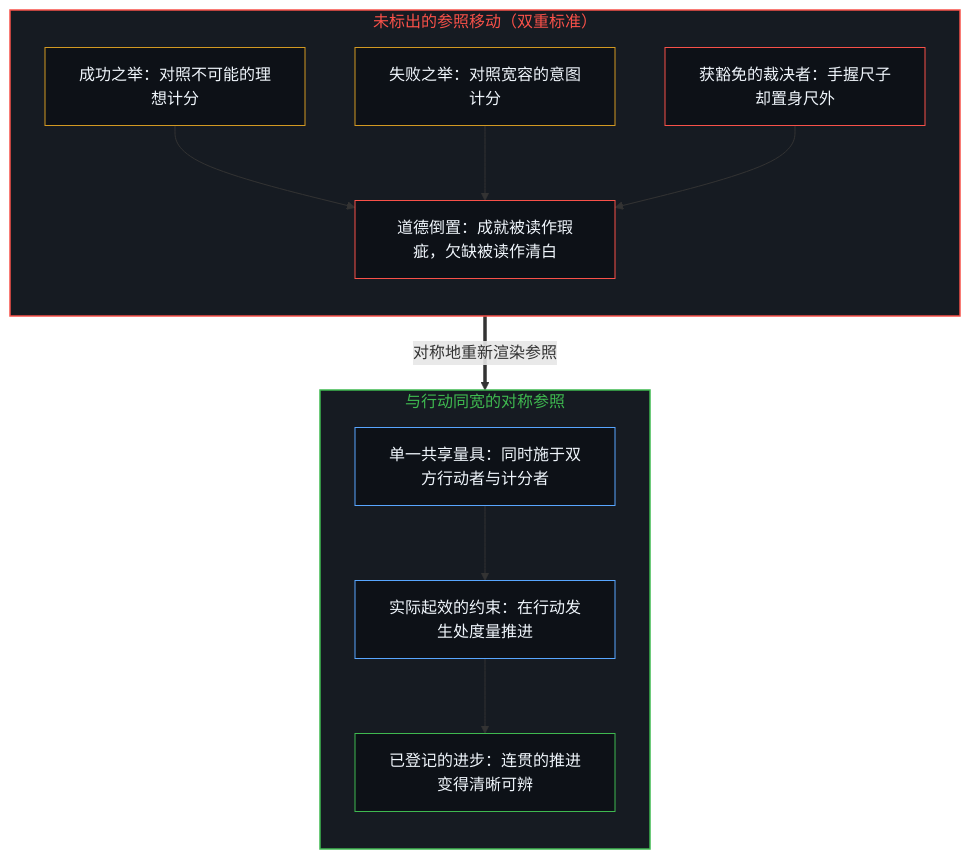
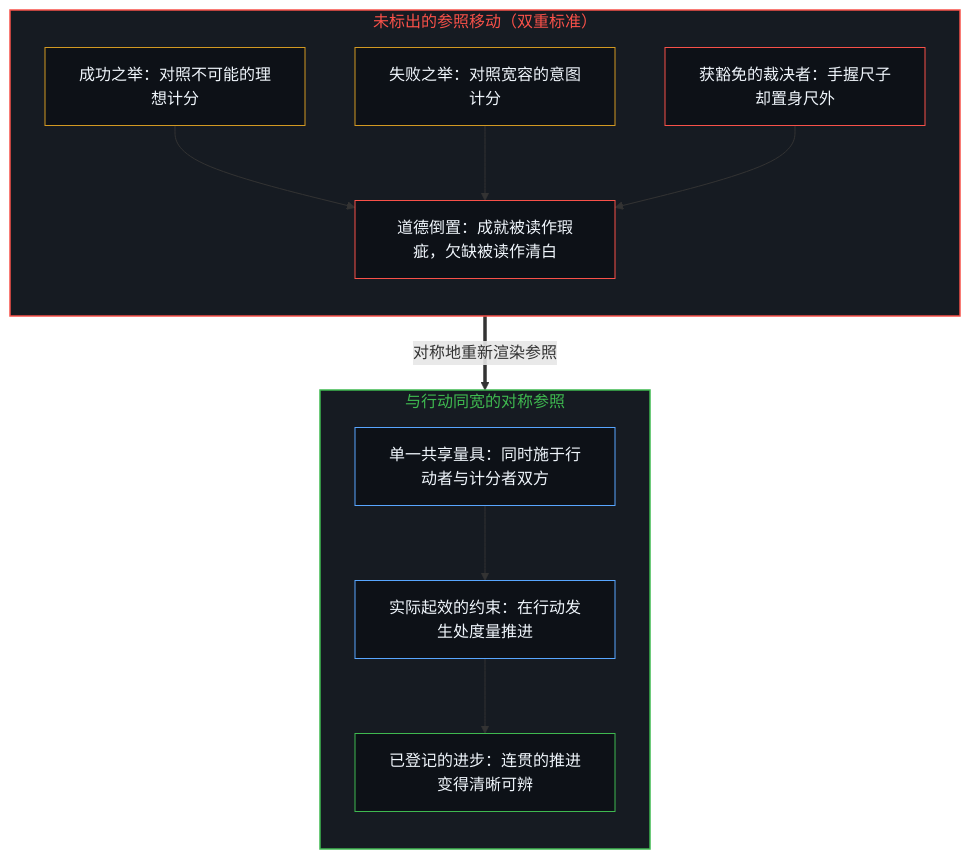
Before and after one commit to powerpig99/not-a-toe: the first of 2 diagrams in content/posts/the-frame-that-conceals-improvement.md, drawn with Mermaid. The commit also changed other lines of this file and 4 other files, not shown here.

````diff
--- a/content/posts/the-frame-that-conceals-improvement.md
+++ b/content/posts/the-frame-that-conceals-improvement.md
@@ -31,30 +31,30 @@
 ```mermaid
 flowchart TD
     subgraph S_Shift["未标出的参照移动（双重标准）"]
         direction TB
         Success["成功之举：对照不可能的理想计分"]
         Failure["失败之举：对照宽容的意图计分"]
         Judge["获豁免的裁决者：手握尺子却置身尺外"]
         Invert["道德倒置：成就被读作瑕疵，欠缺被读作清白"]
         Success --> Invert
         Failure --> Invert
         Judge --> Invert
     end
     subgraph S_Shared["与行动同宽的对称参照"]
         direction TB
-        OneRuler["单一共享量具：同时施于双方行动者与计分者"]
+        OneRuler["单一共享量具：同时施于行动者与计分者双方"]
         Constraint["实际起效的约束：在行动发生处度量推进"]
         Register["已登记的进步：连贯的推进变得清晰可辨"]
         OneRuler --> Constraint --> Register
     end
     Invert ==>|"对称地重新渲染参照"| OneRuler
     style S_Shift fill:#161b22,stroke:#f85149,stroke-width:1.5px,color:#f85149
     style S_Shared fill:#161b22,stroke:#3fb950,stroke-width:1.5px,color:#3fb950
     style Success fill:#0d1117,stroke:#d29922,stroke-width:1px,color:#f0f6fc
     style Failure fill:#0d1117,stroke:#d29922,stroke-width:1px,color:#f0f6fc
     style Judge fill:#0d1117,stroke:#f85149,stroke-width:1px,color:#f0f6fc
     style Invert fill:#0d1117,stroke:#f85149,stroke-width:1px,color:#f0f6fc
     style OneRuler fill:#0d1117,stroke:#58a6ff,stroke-width:1px,color:#f0f6fc
     style Constraint fill:#0d1117,stroke:#58a6ff,stroke-width:1px,color:#f0f6fc
     style Register fill:#0d1117,stroke:#3fb950,stroke-width:1px,color:#f0f6fc
 ```
````
